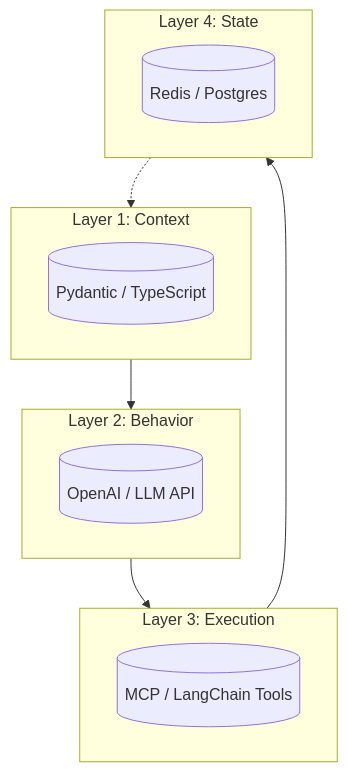
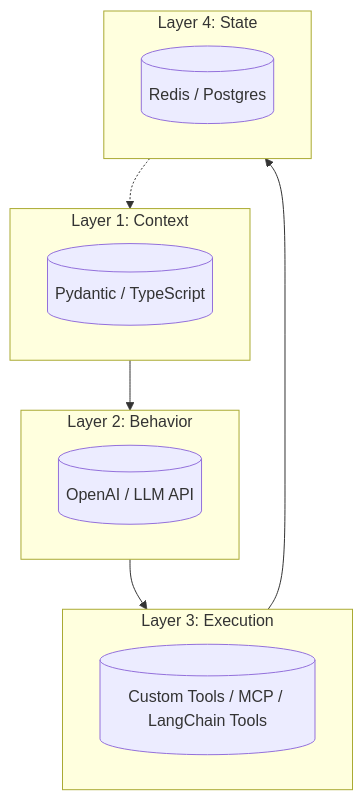
One commit to artiquare/caa changed the diagram in integration-guide.md. Above: the diagram before and after it, drawn with Mermaid. The commit also changed other lines of this file and 14 other files, not shown here.

````diff
--- a/integration-guide.md
+++ b/integration-guide.md
@@ -32,24 +32,24 @@
 ```mermaid
 %% CAA Integration View - Tools Mapping
 flowchart TD
     subgraph L1 [Layer 1: Context]
       C_Tool[("Pydantic / TypeScript")]
     end
 
     subgraph L2 [Layer 2: Behavior]
       B_Tool[("OpenAI / LLM API")]
     end
 
     subgraph L3 [Layer 3: Execution]
-      E_Tool[("MCP / LangChain Tools")]
+      E_Tool[("Custom Tools / MCP / LangChain Tools")]
     end
 
     subgraph L4 [Layer 4: State]
       S_Tool[("Redis / Postgres")]
     end
 
     L1 --> L2
     L2 --> L3
     L3 --> L4
     L4 -.-> L1
 ```
````
